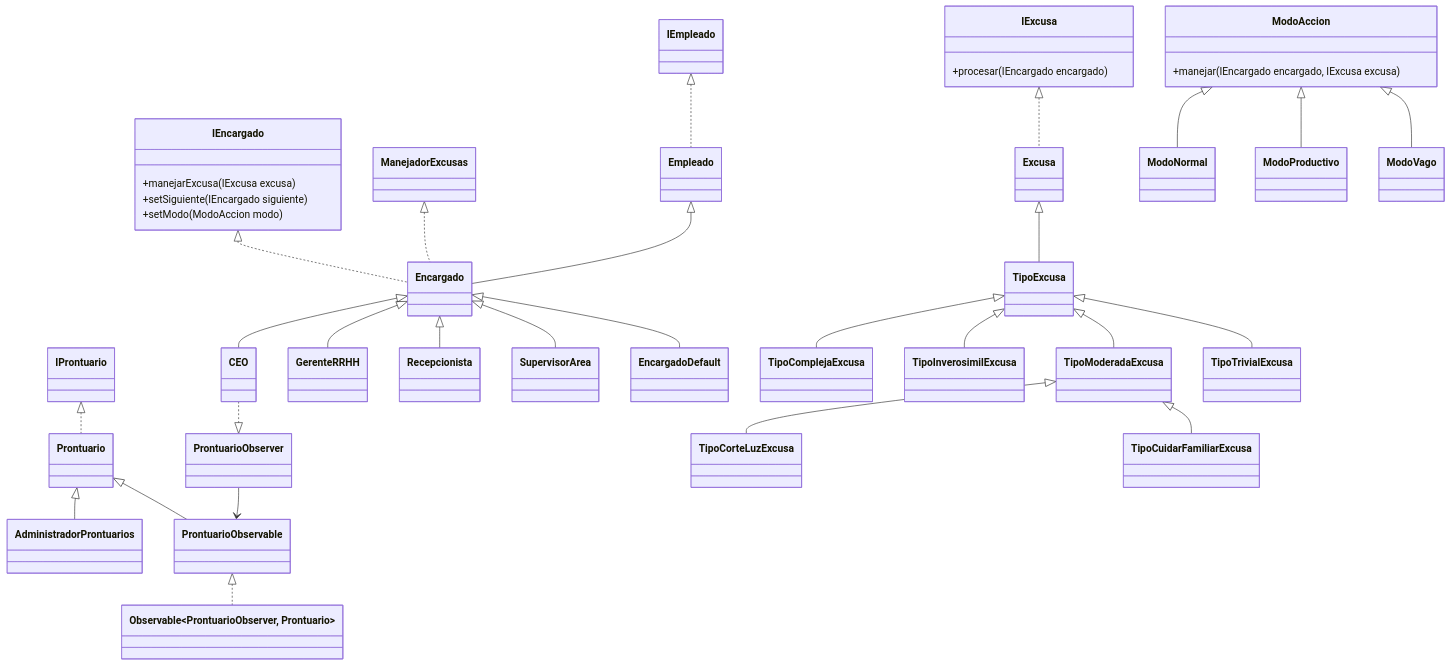
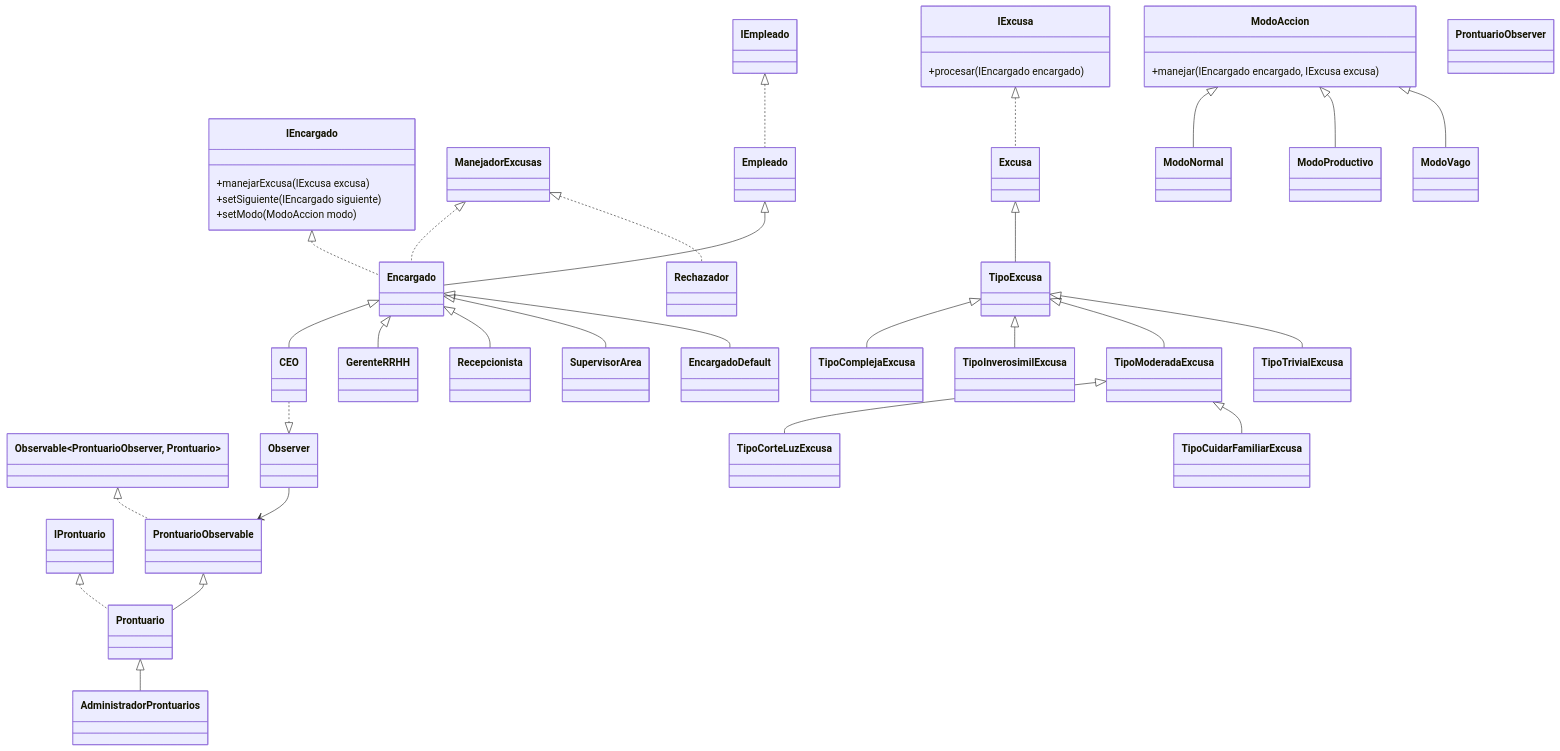
The diagram in README.md (SantiFalcon59/DisenoSistemas), drawn with Mermaid before and after one commit. The commit also changed 8 other files, not shown here.

````diff
--- a/README.md
+++ b/README.md
@@ -58,6 +58,7 @@
 
     %% Clases concretas
     class Empleado
+    class Rechazador
     class Encargado
     class CEO
     class EncargadoDefault
@@ -87,6 +88,7 @@
     IEmpleado <|.. Empleado
     Empleado <|-- Encargado
     ManejadorExcusas <|.. Encargado
+    ManejadorExcusas <|.. Rechazador
     IEncargado <|.. Encargado
 
     Encargado <|-- CEO
@@ -114,8 +116,8 @@
     IProntuario <|.. Prontuario
 
     %% Observer pattern
-    Prontuario <|-- ProntuarioObservable
-    ProntuarioObservable <|.. Observable~ProntuarioObserver, Prontuario~
-    CEO ..|> ProntuarioObserver
-    ProntuarioObserver --> ProntuarioObservable
+    ProntuarioObservable <|-- Prontuario
+    Observable~Observer, Prontuario~ <|.. ProntuarioObservable
+    CEO ..|> Observer
+    Observer --> ProntuarioObservable
 ```
````
